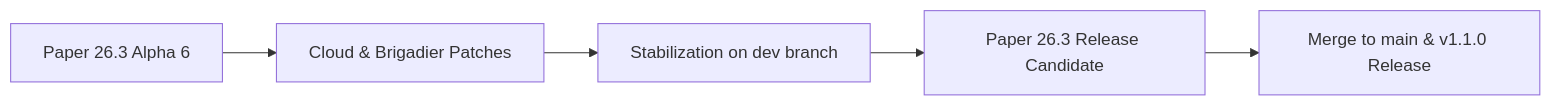
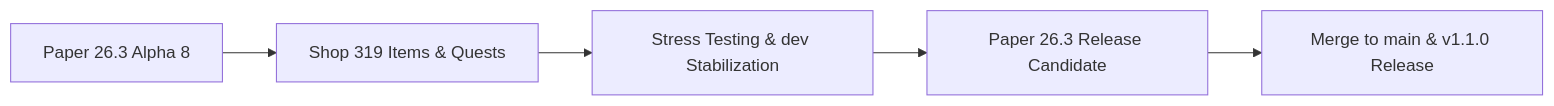
Before and after one commit to WilliamBossard/GensCore: the diagram in docs/guide/roadmap-26-3.md, drawn with Mermaid. The commit also changed other lines of this file and 8 other files, not shown here.

Commit message:
docs(roadmap): update Paper 26.3 roadmap for build 8, shop & quest fixes, clean IDE warnings

````diff
--- a/docs/guide/roadmap-26-3.md
+++ b/docs/guide/roadmap-26-3.md
@@ -67,7 +72,7 @@
 ```mermaid
 flowchart LR
-    A[Paper 26.3 Alpha 6] --> B[Cloud & Brigadier Patches]
-    B --> C[Stabilization on dev branch]
+    A[Paper 26.3 Alpha 8] --> B[Shop 319 Items & Quests]
+    B --> C[Stress Testing & dev Stabilization]
     C --> D[Paper 26.3 Release Candidate]
     D --> E[Merge to main & v1.1.0 Release]
 ```
````
